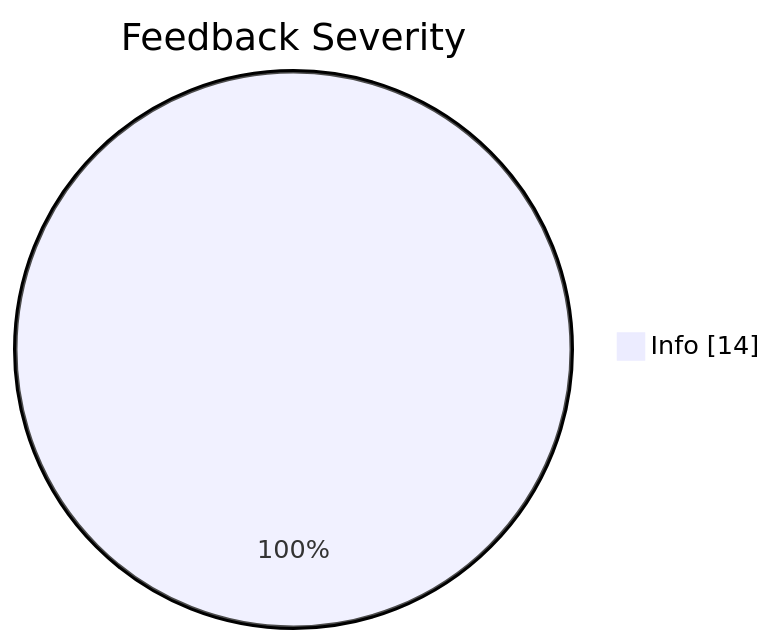
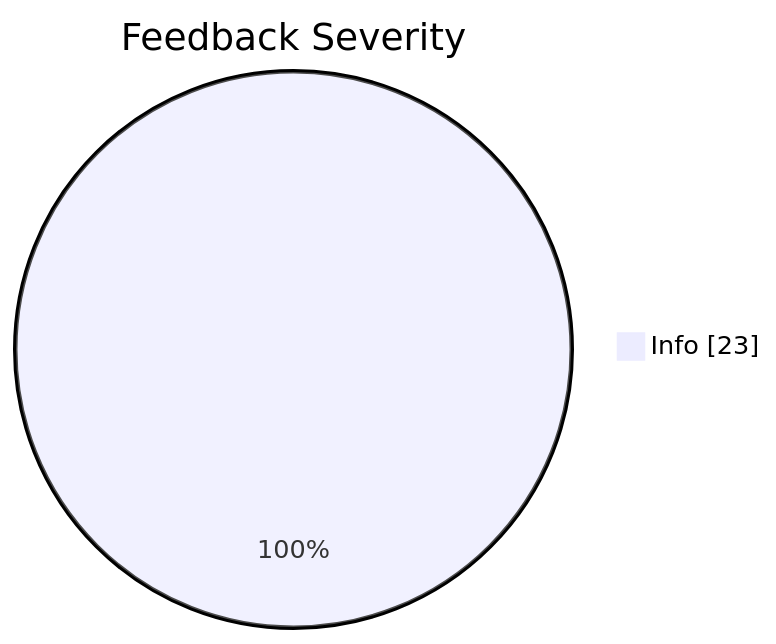
Before and after one commit to JakubPawinski/gitcode-solutions: the fifth of 6 diagrams in README.md, drawn with Mermaid. The commit also changed other lines of this file, not shown here.

````diff
--- a/README.md
+++ b/README.md
@@ -175,5 +176,5 @@
 ```mermaid
 pie showData
     title Feedback Severity
-    "Info" : 14
+    "Info" : 23
 ```
````
